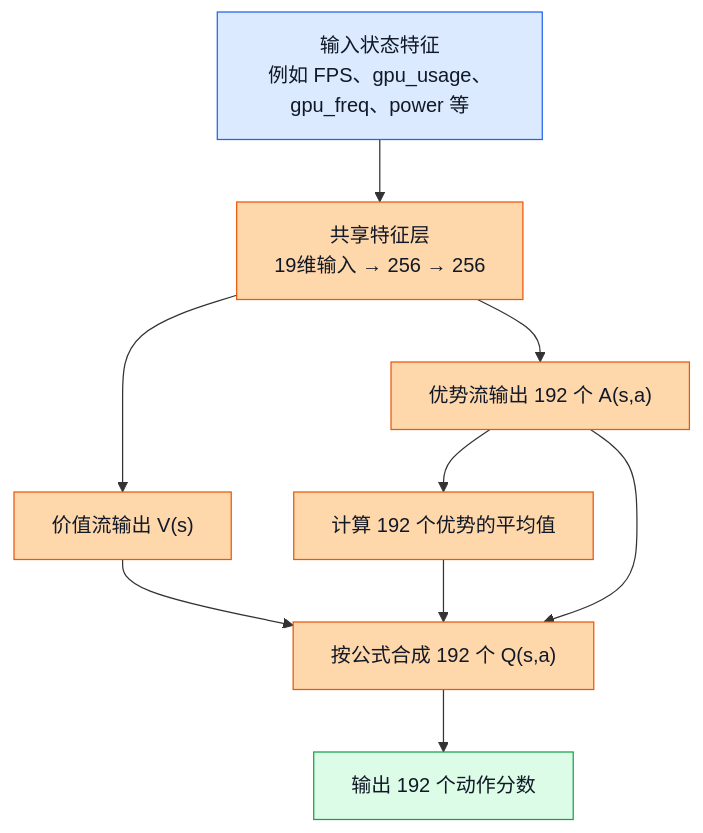
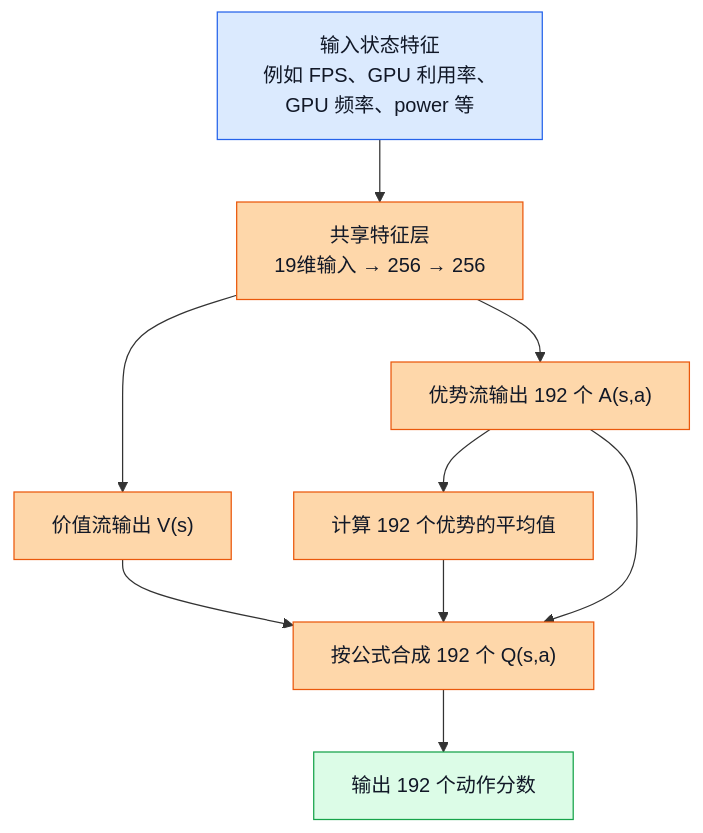
Before and after one commit to Mrphase/RL-Doc: the third of 3 diagrams in learn/09_Double_Dueling_DQN.md, drawn with Mermaid. The commit also changed other lines of this file and 14 other files, not shown here.

First line of the commit message:
fix: clean mermaid labels in learn docs

````diff
--- a/learn/09_Double_Dueling_DQN.md
+++ b/learn/09_Double_Dueling_DQN.md
@@ -509,19 +509,19 @@
 ```mermaid
 flowchart TD
-    I["输入状态特征<br/>例如 FPS、gpu_usage、gpu_freq、power 等"] --> F["共享特征层<br/>19维输入 → 256 → 256"]
+    I["输入状态特征<br/>例如 FPS、GPU 利用率、GPU 频率、power 等"] --> F["共享特征层<br/>19维输入 → 256 → 256"]
     F --> V["价值流输出 V(s)"]
     F --> A["优势流输出 192 个 A(s,a)"]
     A --> M["计算 192 个优势的平均值"]
     V --> C["按公式合成 192 个 Q(s,a)"]
     M --> C
     A --> C
     C --> O["输出 192 个动作分数"]
 
     classDef input fill:#dbeafe,stroke:#2563eb,color:#111827;
     classDef process fill:#fed7aa,stroke:#ea580c,color:#111827;
     classDef output fill:#dcfce7,stroke:#16a34a,color:#111827;
 
     class I input;
     class F,V,A,M,C process;
     class O output;
 ```
````
